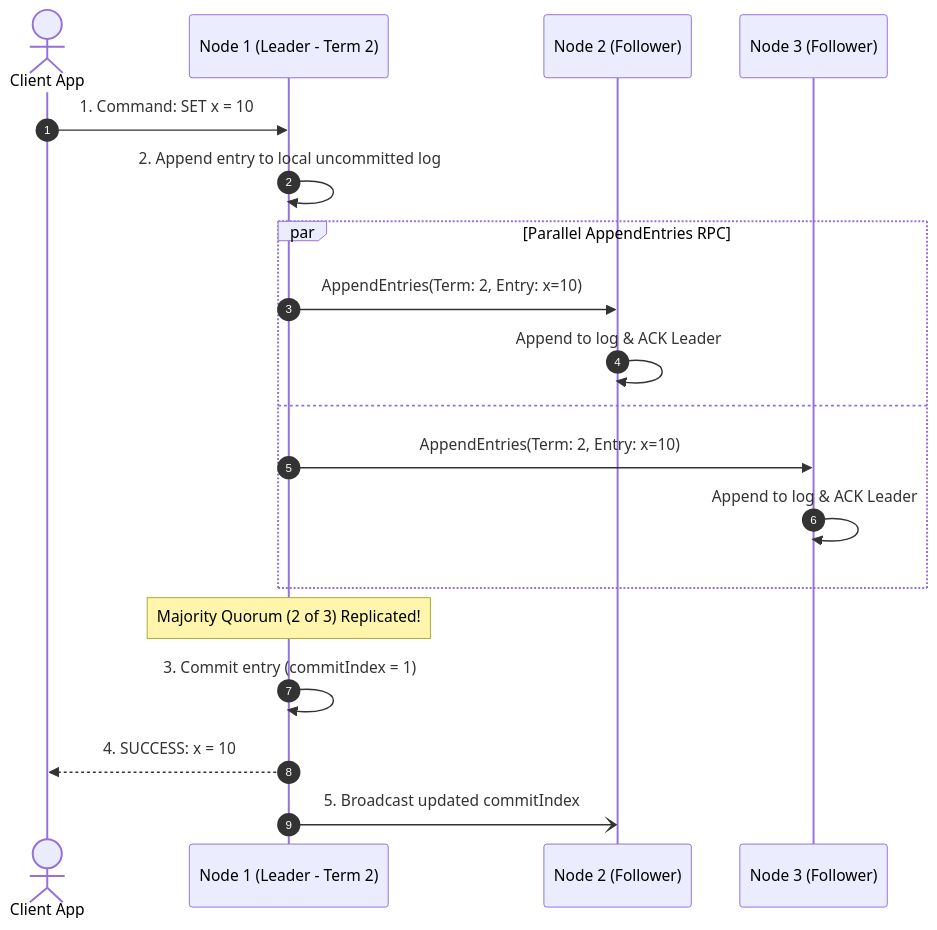
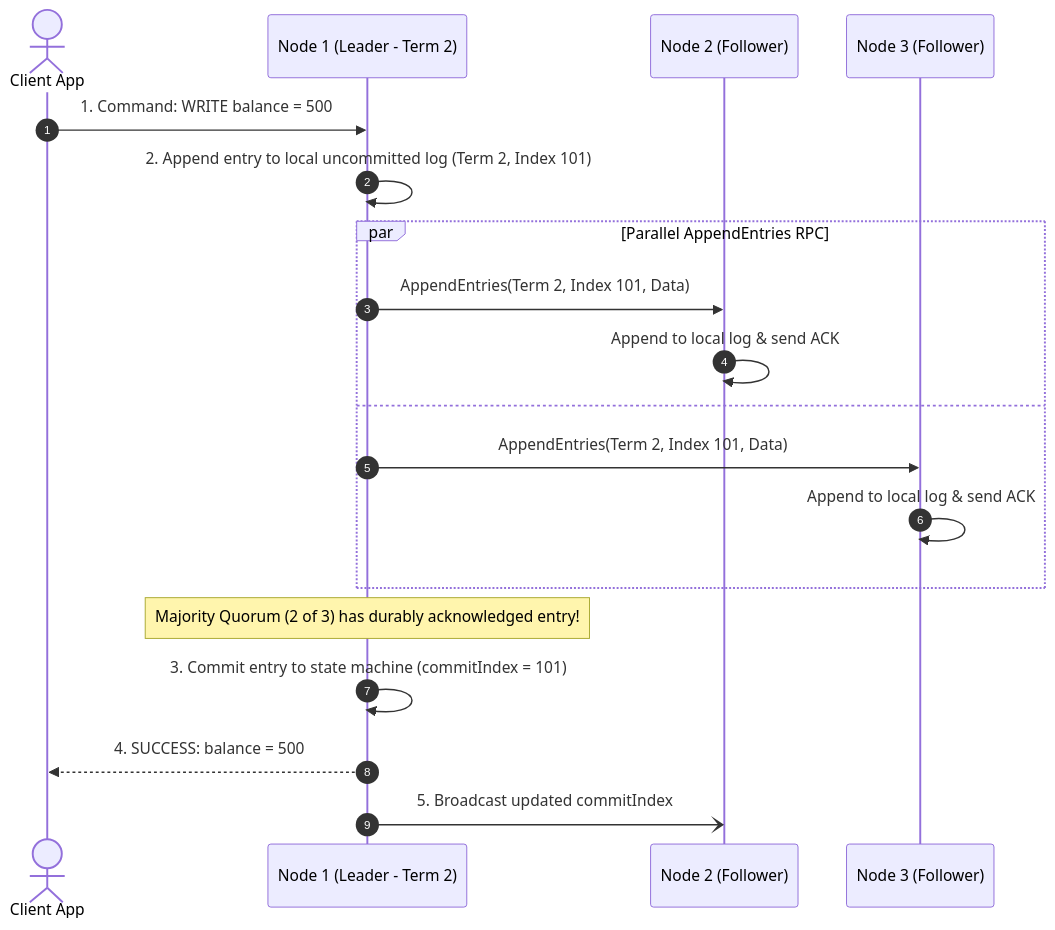
Before and after one commit to weaponxwolf/backend-engineering-mastry: the seventh of 7 diagrams in docs/system-design/distributed-locks-consensus.mdx, drawn with Mermaid. The commit also changed other lines of this file and 15 other files, not shown here.

````diff
--- a/docs/system-design/distributed-locks-consensus.mdx
+++ b/docs/system-design/distributed-locks-consensus.mdx
@@ -171,22 +354,24 @@
 ```mermaid
 sequenceDiagram
     autonumber
     actor Client as Client App
     participant Leader as Node 1 (Leader - Term 2)
     participant Follower1 as Node 2 (Follower)
     participant Follower2 as Node 3 (Follower)
 
-    Client->>Leader: 1. Command: SET x = 10
-    Leader->>Leader: 2. Append entry to local uncommitted log
+    Client->>Leader: 1. Command: WRITE balance = 500
+    Leader->>Leader: 2. Append entry to local uncommitted log (Term 2, Index 101)
+    
     par Parallel AppendEntries RPC
-        Leader->>Follower1: AppendEntries(Term: 2, Entry: x=10)
-        Follower1->>Follower1: Append to log & ACK Leader
+        Leader->>Follower1: AppendEntries(Term 2, Index 101, Data)
+        Follower1->>Follower1: Append to local log & send ACK
     and
-        Leader->>Follower2: AppendEntries(Term: 2, Entry: x=10)
-        Follower2->>Follower2: Append to log & ACK Leader
+        Leader->>Follower2: AppendEntries(Term 2, Index 101, Data)
+        Follower2->>Follower2: Append to local log & send ACK
     end
-    Note over Leader: Majority Quorum (2 of 3) Replicated!
-    Leader->>Leader: 3. Commit entry (commitIndex = 1)
-    Leader-->>Client: 4. SUCCESS: x = 10
+
+    Note over Leader: Majority Quorum (2 of 3) has durably acknowledged entry!
+    Leader->>Leader: 3. Commit entry to state machine (commitIndex = 101)
+    Leader-->>Client: 4. SUCCESS: balance = 500
     Leader-)Follower1: 5. Broadcast updated commitIndex
 ```
````
